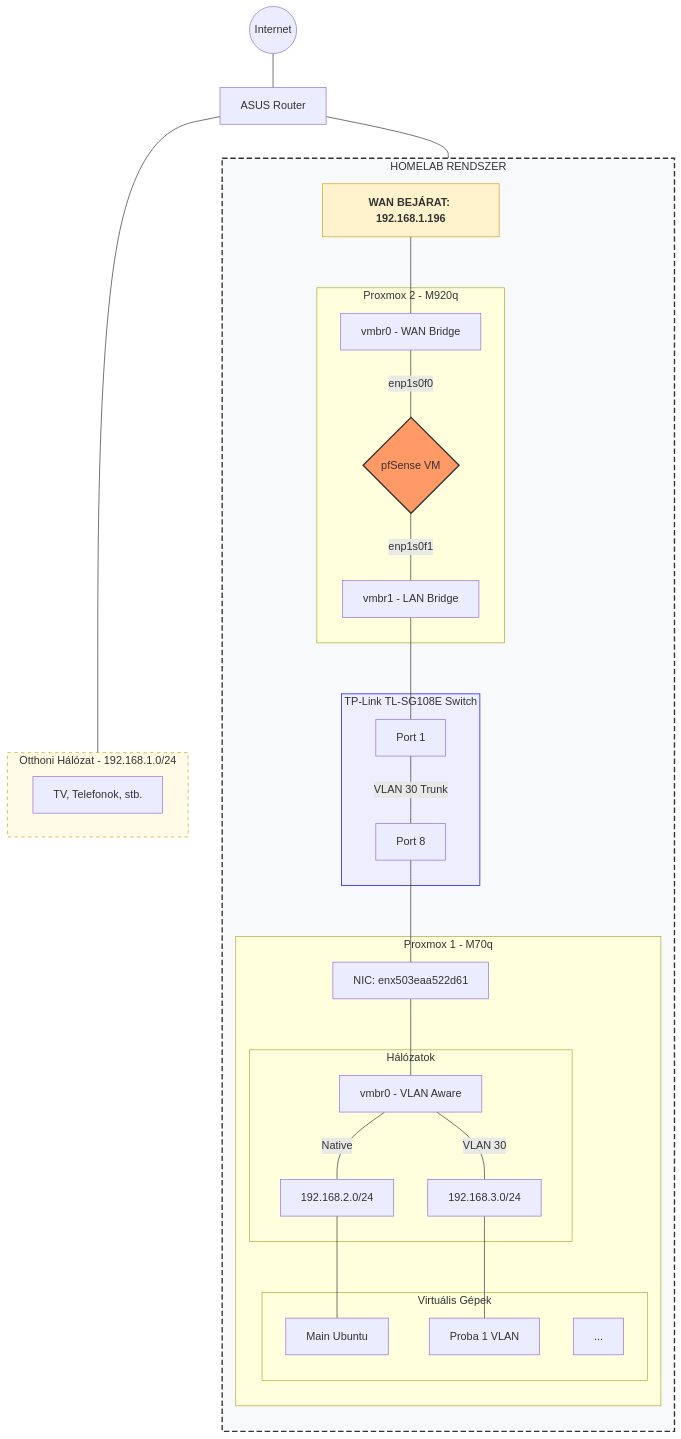
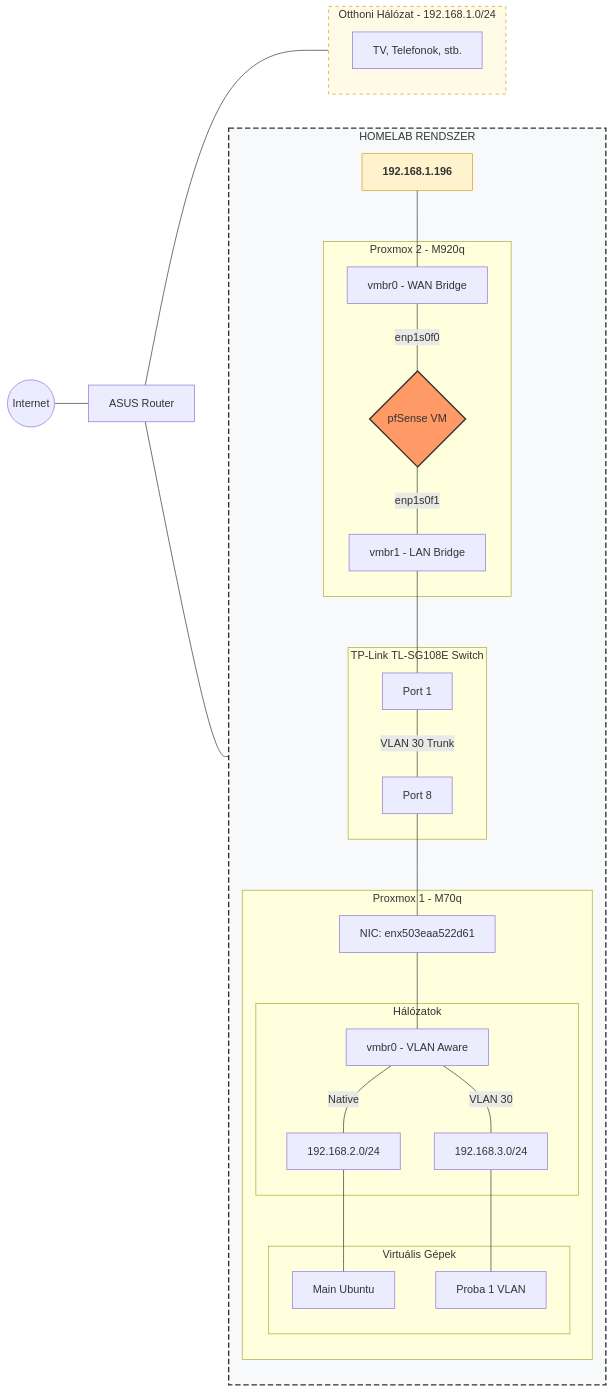
The diagram in 00-Homelab_Hardware/proba.md (torokrolf/homelab), drawn with Mermaid before and after one commit.

````diff
--- a/00-Homelab_Hardware/proba.md
+++ b/00-Homelab_Hardware/proba.md
@@ -1,69 +1,60 @@
 ```mermaid
-graph TD
-    %% Külső világ
+graph LR
+    %% Külső világ központi helyen
     Internet((Internet)) --- Asus[ASUS Router]
 
-    %% Különálló doboz az otthoni hálózatnak, hogy ne takarja az IP-t
+    %% Bal oldali ág: Otthoni cuccok
     subgraph Home_Net [Otthoni Hálózat - 192.168.1.0/24]
         Devices[TV, Telefonok, stb.]
     end
     Asus --- Home_Net
 
-    %% A Homelab nagy közös kerete - szellősebb elrendezéssel
+    %% Jobb oldali ág: A Homelab belépés
+    Asus --- Entry[192.168.1.196]
+
     subgraph Homelab_System [HOMELAB RENDSZER]
         direction TB
-        
-        %% Belépési pont külön node-ként, hogy ne takarja el semmi
-        Entry[WAN BEJÁRAT: 192.168.1.196]
         
         subgraph Node2 [Proxmox 2 - M920q]
             VMBR0_P2[vmbr0 - WAN Bridge]
             pfS{pfSense VM}
             VMBR1_P2[vmbr1 - LAN Bridge]
 
             VMBR0_P2 -- "enp1s0f0" --- pfS
             pfS -- "enp1s0f1" --- VMBR1_P2
         end
 
-        %% Kapcsolat az ASUS-tól a Homelab bejáratán át
         Entry --- VMBR0_P2
 
-        %% Switch külön szekcióban
         VMBR1_P2 --- SW_P1
         
         subgraph Switch [TP-Link TL-SG108E Switch]
             SW_P1[Port 1] -- "VLAN 30 Trunk" --- SW_P8[Port 8]
         end
 
-        %% Proxmox 1 szekció
         SW_P8 --- P1_NIC
         
         subgraph Node1 [Proxmox 1 - M70q]
             P1_NIC[NIC: enx503eaa522d61]
             P1_Bridge[vmbr0 - VLAN Aware]
             
             P1_NIC --- P1_Bridge
 
             subgraph Subnets [Hálózatok]
                 P1_Bridge -- "Native" --- LAN2[192.168.2.0/24]
                 P1_Bridge -- "VLAN 30" --- VLAN3[192.168.3.0/24]
             end
 
             subgraph VMs [Virtuális Gépek]
                 LAN2 --- Ubu[Main Ubuntu]
                 VLAN3 --- P1V[Proba 1 VLAN]
-                VM_Other[...]
             end
         end
     end
 
-    %% Összekötés az ASUS és a Homelab között
-    Asus --- Entry
-
-    %% Stílusok a jobb olvashatóságért
+    %% Stílusok a tiszta megjelenésért
     style Homelab_System fill:#f8f9fa,stroke:#333,stroke-width:2px,stroke-dasharray: 8 4
     style Entry fill:#fff3cd,stroke:#d4a017,font-weight:bold
     style pfS fill:#f96,stroke:#333,stroke-width:2px
     style Home_Net fill:#fffbe6,stroke:#d4a017,stroke-dasharray: 5 5
-    style Switch fill:#eef,stroke:#00d
 ```
````
